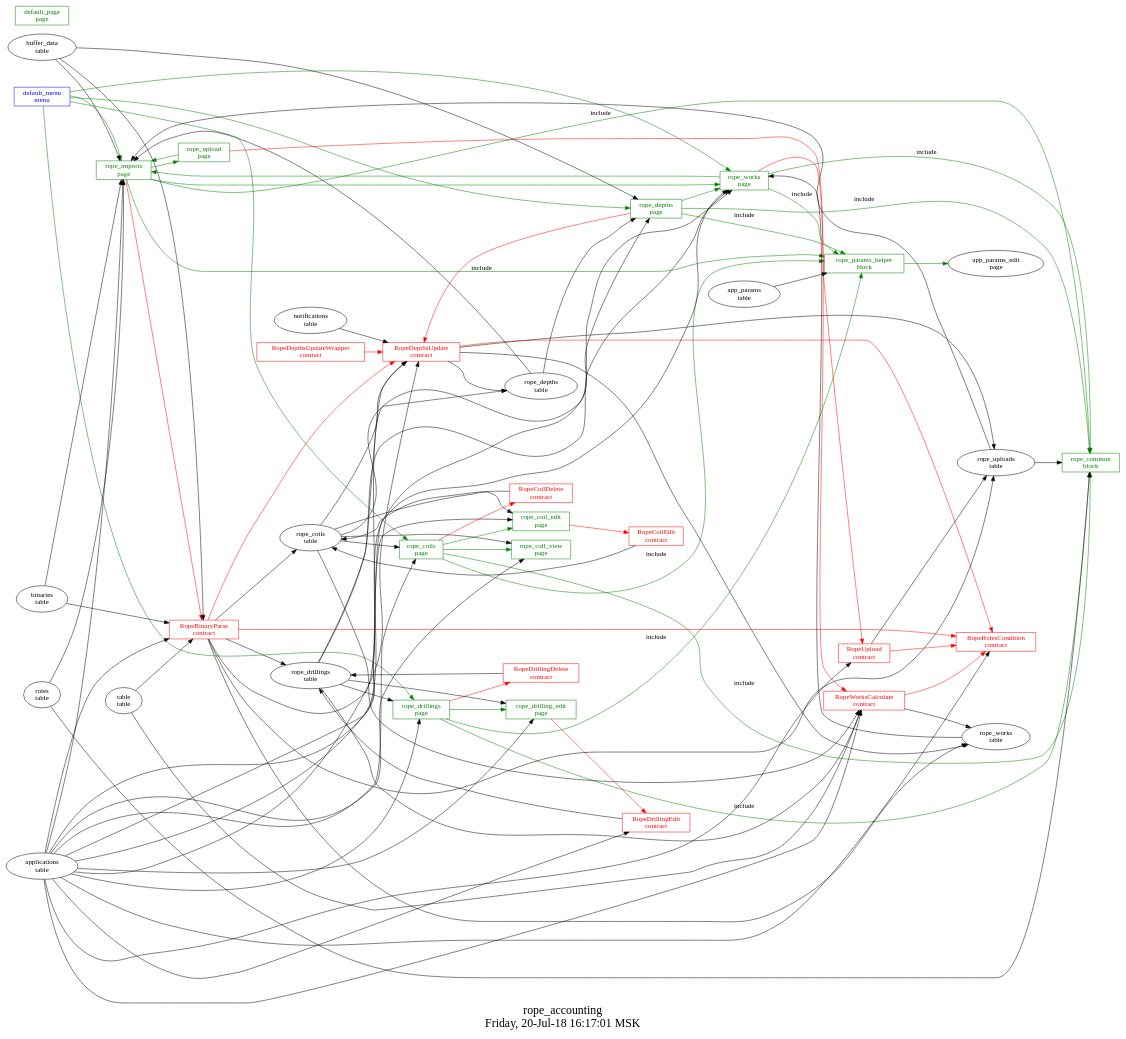
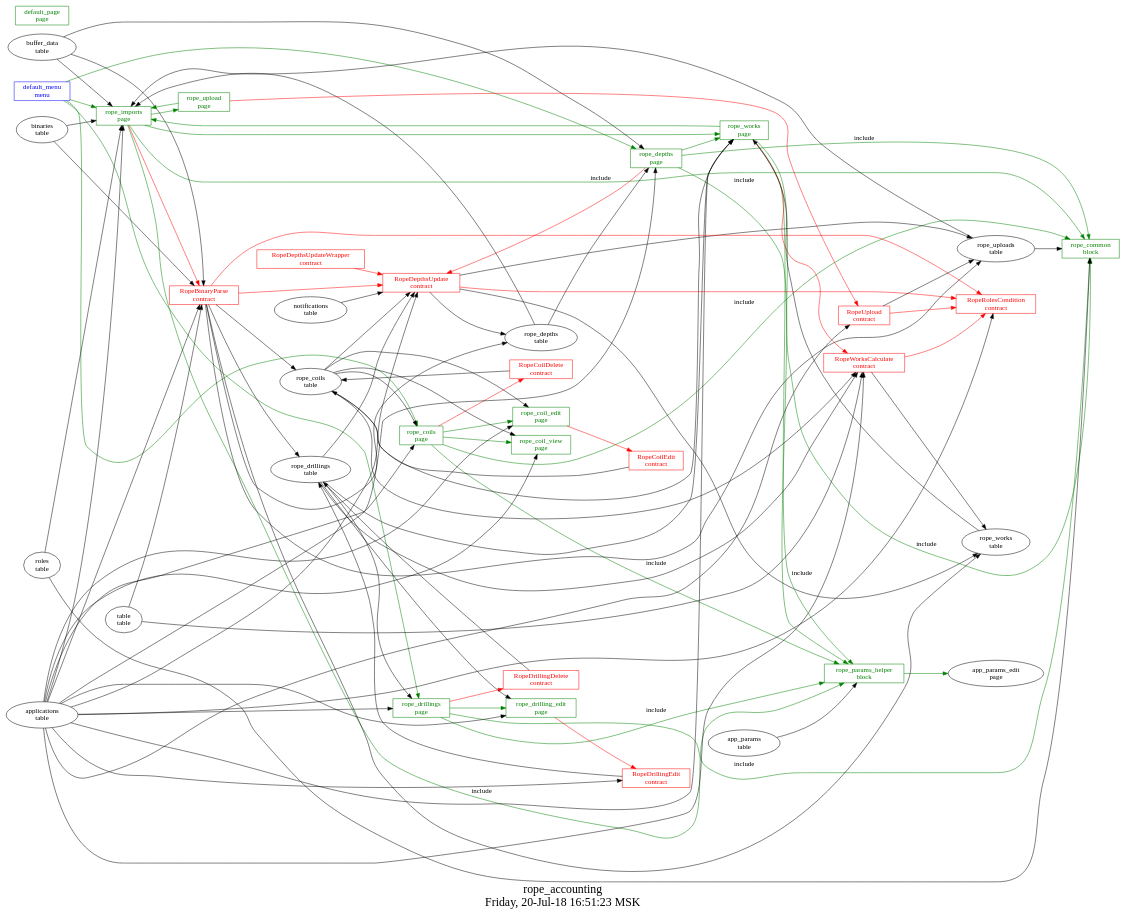
The diagram in src/rope_accounting/struct.dot (AplaProject/apps), drawn with Graphviz before and after one commit. The commit also changed 6 other files, not shown here.

```diff
--- a/src/rope_accounting/struct.dot
+++ b/src/rope_accounting/struct.dot
@@ -1,129 +1,128 @@
 digraph G {
 fontsize="24";
-label="rope_accounting\nFriday, 20-Jul-18 16:17:01 MSK";
+label="rope_accounting\nFriday, 20-Jul-18 16:51:23 MSK";
 nojustify=true;
 ordering=out;
 rankdir=LR;
 size="30";
 "default_menu\nmenu" -> "rope_imports\npage"  [ color=green ]
-"default_menu\nmenu" -> "rope_works\npage"  [ color=green ]
 "default_menu\nmenu" -> "rope_depths\npage"  [ color=green ]
 "default_menu\nmenu" -> "rope_drillings\npage"  [ color=green ]
 "default_menu\nmenu" -> "rope_coils\npage"  [ color=green ]
 "default_menu\nmenu" [color=blue, fontcolor=blue, group=menus, shape=record];
 "default_page\npage" [color=green, fontcolor=green, group=pages, shape=record];
 "rope_coil_edit\npage" -> "RopeCoilEdit\ncontract"  [ color=red ]
 "applications\ntable" -> "rope_coil_edit\npage"
 "rope_coils\ntable" -> "rope_coil_edit\npage"
 "rope_coil_edit\npage" [color=green, fontcolor=green, group=pages, shape=record];
 "applications\ntable" -> "rope_coil_view\npage"
 "rope_coils\ntable" -> "rope_coil_view\npage"
 "rope_coil_view\npage" [color=green, fontcolor=green, group=pages, shape=record];
 "rope_coils\npage" -> "RopeCoilDelete\ncontract"  [ color=red ]
 "applications\ntable" -> "rope_coils\npage"
 "rope_coils\ntable" -> "rope_coils\npage"
 "rope_coils\npage" -> "rope_coil_edit\npage"  [ color=green ]
 "rope_coils\npage" -> "rope_coil_view\npage"  [ color=green ]
 "rope_coils\npage" -> "rope_common\nblock"  [ color=green, label=include ]
 "rope_coils\npage" -> "rope_params_helper\nblock"  [ color=green, label=include ]
 "rope_coils\npage" [color=green, fontcolor=green, group=pages, shape=record];
 "rope_depths\npage" -> "RopeDepthsUpdate\ncontract"  [ color=red ]
 "applications\ntable" -> "rope_depths\npage"
 "rope_depths\ntable" -> "rope_depths\npage"
 "buffer_data\ntable" -> "rope_depths\npage"
 "rope_depths\npage" -> "rope_works\npage"  [ color=green ]
 "rope_depths\npage" -> "rope_common\nblock"  [ color=green, label=include ]
 "rope_depths\npage" -> "rope_params_helper\nblock"  [ color=green, label=include ]
 "rope_depths\npage" [color=green, fontcolor=green, group=pages, shape=record];
 "rope_drilling_edit\npage" -> "RopeDrillingEdit\ncontract"  [ color=red ]
 "applications\ntable" -> "rope_drilling_edit\npage"
 "rope_drillings\ntable" -> "rope_drilling_edit\npage"
 "rope_drilling_edit\npage" [color=green, fontcolor=green, group=pages, shape=record];
 "rope_drillings\npage" -> "RopeDrillingDelete\ncontract"  [ color=red ]
 "applications\ntable" -> "rope_drillings\npage"
 "rope_drillings\ntable" -> "rope_drillings\npage"
 "rope_drillings\npage" -> "rope_drilling_edit\npage"  [ color=green ]
 "rope_drillings\npage" -> "rope_common\nblock"  [ color=green, label=include ]
 "rope_drillings\npage" -> "rope_params_helper\nblock"  [ color=green, label=include ]
 "rope_drillings\npage" [color=green, fontcolor=green, group=pages, shape=record];
 "rope_imports\npage" -> "RopeBinaryParse\ncontract"  [ color=red ]
 "applications\ntable" -> "rope_imports\npage"
 "roles\ntable" -> "rope_imports\npage"
 "rope_uploads\ntable" -> "rope_imports\npage"
 "binaries\ntable" -> "rope_imports\npage"
 "rope_depths\ntable" -> "rope_imports\npage"
 "buffer_data\ntable" -> "rope_imports\npage"
 "rope_imports\npage" -> "rope_upload\npage"  [ color=green ]
 "rope_imports\npage" -> "rope_works\npage"  [ color=green ]
 "rope_imports\npage" -> "rope_common\nblock"  [ color=green, label=include ]
 "rope_imports\npage" -> "rope_params_helper\nblock"  [ color=green, label=include ]
 "rope_imports\npage" [color=green, fontcolor=green, group=pages, shape=record];
 "rope_upload\npage" -> "RopeUpload\ncontract"  [ color=red ]
 "rope_upload\npage" -> "rope_imports\npage"  [ color=green ]
 "rope_upload\npage" [color=green, fontcolor=green, group=pages, shape=record];
 "rope_works\npage" -> "RopeWorksCalculate\ncontract"  [ color=red ]
 "applications\ntable" -> "rope_works\npage"
 "rope_works\ntable" -> "rope_works\npage"
 "rope_drillings\ntable" -> "rope_works\npage"
 "rope_coils\ntable" -> "rope_works\npage"
 "rope_works\npage" -> "rope_imports\npage"  [ color=green ]
 "rope_works\npage" -> "rope_common\nblock"  [ color=green, label=include ]
 "rope_works\npage" -> "rope_params_helper\nblock"  [ color=green, label=include ]
 "rope_works\npage" [color=green, fontcolor=green, group=pages, shape=record];
 "roles\ntable" -> "rope_common\nblock"
 "rope_uploads\ntable" -> "rope_common\nblock"
 "rope_common\nblock" [color=green, fontcolor=green, group=blocks, shape=record];
 "app_params\ntable" -> "rope_params_helper\nblock"
 "rope_params_helper\nblock" -> "app_params_edit\npage"  [ color=green ]
 "rope_params_helper\nblock" [color=green, fontcolor=green, group=blocks, shape=record];
 "RopeBinaryParse\ncontract" -> "RopeDepthsUpdate\ncontract"  [ color=red ]
 "RopeBinaryParse\ncontract" -> "RopeRolesCondition\ncontract"  [ color=red ]
 "RopeBinaryParse\ncontract" -> "rope_coils\ntable"  [ color="" ]
 "RopeBinaryParse\ncontract" -> "rope_drillings\ntable"  [ color="" ]
 "RopeBinaryParse\ncontract" -> "rope_works\ntable"  [ color="" ]
 "RopeBinaryParse\ncontract" -> "rope_depths\ntable"  [ color="" ]
 "RopeBinaryParse\ncontract" -> "rope_uploads\ntable"  [ color="" ]
 "table\ntable" -> "RopeBinaryParse\ncontract"
 "buffer_data\ntable" -> "RopeBinaryParse\ncontract"
 "binaries\ntable" -> "RopeBinaryParse\ncontract"
 "applications\ntable" -> "RopeBinaryParse\ncontract"
 "RopeBinaryParse\ncontract" [color=red, fontcolor=red, group=contracts, shape=record];
 "RopeCoilDelete\ncontract" -> "rope_coils\ntable"  [ color="" ]
 "RopeCoilDelete\ncontract" [color=red, fontcolor=red, group=contracts, shape=record];
 "RopeCoilEdit\ncontract" -> "rope_coils\ntable"  [ color="" ]
 "RopeCoilEdit\ncontract" [color=red, fontcolor=red, group=contracts, shape=record];
 "RopeDepthsUpdate\ncontract" -> "RopeRolesCondition\ncontract"  [ color=red ]
 "RopeDepthsUpdate\ncontract" -> "rope_uploads\ntable"  [ color="" ]
 "RopeDepthsUpdate\ncontract" -> "rope_works\ntable"  [ color="" ]
 "RopeDepthsUpdate\ncontract" -> "rope_depths\ntable"  [ color="" ]
 "notifications\ntable" -> "RopeDepthsUpdate\ncontract"
 "rope_drillings\ntable" -> "RopeDepthsUpdate\ncontract"
 "rope_coils\ntable" -> "RopeDepthsUpdate\ncontract"
 "applications\ntable" -> "RopeDepthsUpdate\ncontract"
 "RopeDepthsUpdate\ncontract" [color=red, fontcolor=red, group=contracts, shape=record];
 "RopeDepthsUpdateWrapper\ncontract" -> "RopeDepthsUpdate\ncontract"  [ color=red ]
 "RopeDepthsUpdateWrapper\ncontract" [color=red, fontcolor=red, group=contracts, shape=record];
 "RopeDrillingDelete\ncontract" -> "rope_drillings\ntable"  [ color="" ]
 "RopeDrillingDelete\ncontract" [color=red, fontcolor=red, group=contracts, shape=record];
 "RopeDrillingEdit\ncontract" -> "rope_drillings\ntable"  [ color="" ]
 "applications\ntable" -> "RopeDrillingEdit\ncontract"
 "RopeDrillingEdit\ncontract" [color=red, fontcolor=red, group=contracts, shape=record];
 "applications\ntable" -> "RopeRolesCondition\ncontract"
 "RopeRolesCondition\ncontract" [color=red, fontcolor=red, group=contracts, shape=record];
 "RopeUpload\ncontract" -> "RopeRolesCondition\ncontract"  [ color=red ]
 "RopeUpload\ncontract" -> "rope_uploads\ntable"  [ color="" ]
 "applications\ntable" -> "RopeUpload\ncontract"
 "RopeUpload\ncontract" [color=red, fontcolor=red, group=contracts, shape=record];
 "RopeWorksCalculate\ncontract" -> "RopeRolesCondition\ncontract"  [ color=red ]
 "RopeWorksCalculate\ncontract" -> "rope_works\ntable"  [ color="" ]
 "table\ntable" -> "RopeWorksCalculate\ncontract"
 "applications\ntable" -> "RopeWorksCalculate\ncontract"
 "rope_coils\ntable" -> "RopeWorksCalculate\ncontract"
 "rope_drillings\ntable" -> "RopeWorksCalculate\ncontract"
 "RopeWorksCalculate\ncontract" [color=red, fontcolor=red, group=contracts, shape=record];
 "rope_coils\ntable" [color="", fontcolor="", group=tables, shape=""];
 "rope_depths\ntable" [color="", fontcolor="", group=tables, shape=""];
 "rope_drillings\ntable" [color="", fontcolor="", group=tables, shape=""];
 "rope_uploads\ntable" [color="", fontcolor="", group=tables, shape=""];
 "rope_works\ntable" [color="", fontcolor="", group=tables, shape=""];
 }
```
